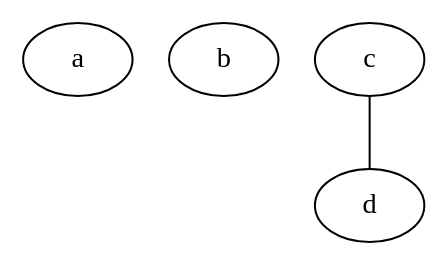
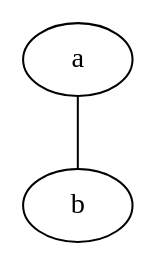
The first of 3 diagrams in _drafts/graphviz-dot-basics.md (mikemol/mikemol.github.io), drawn with Graphviz before and after one commit. The commit also changed other lines of this file, not shown here.

````diff
--- a/_drafts/graphviz-dot-basics.md
+++ b/_drafts/graphviz-dot-basics.md
@@ -16,7 +19,5 @@
 ```dot
 graph {
-    a
-    b
-    c -- d
+    a -- b
 }
 ```
````
